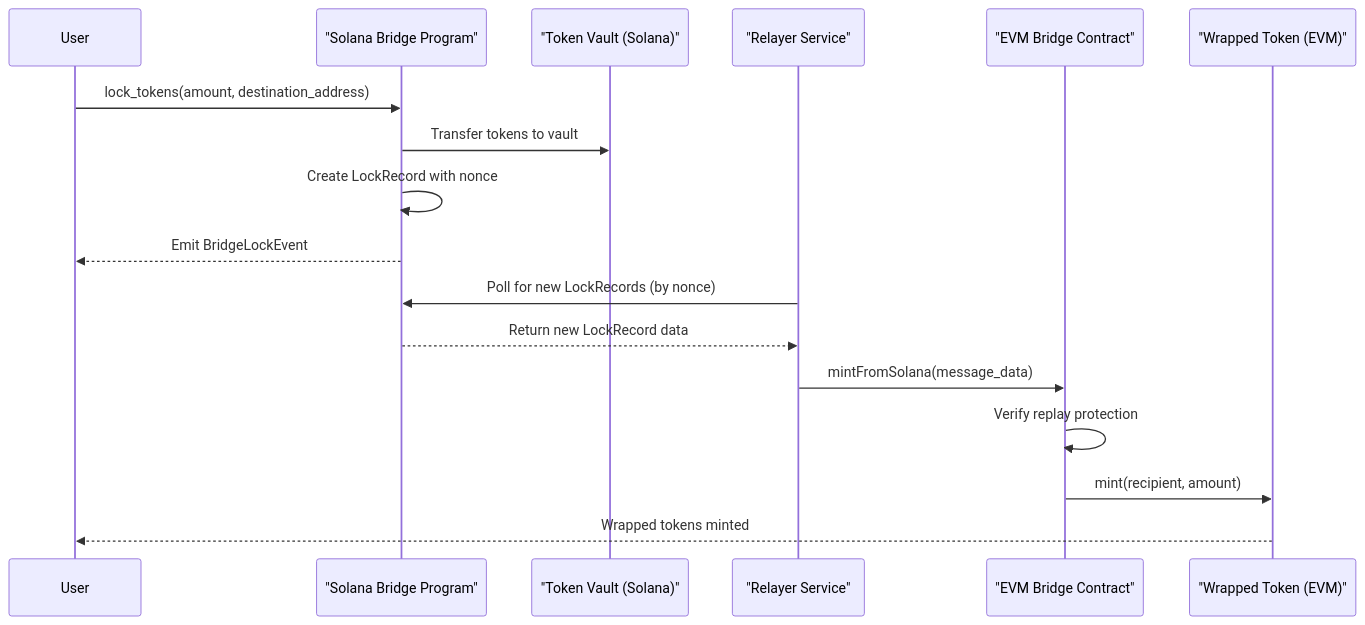
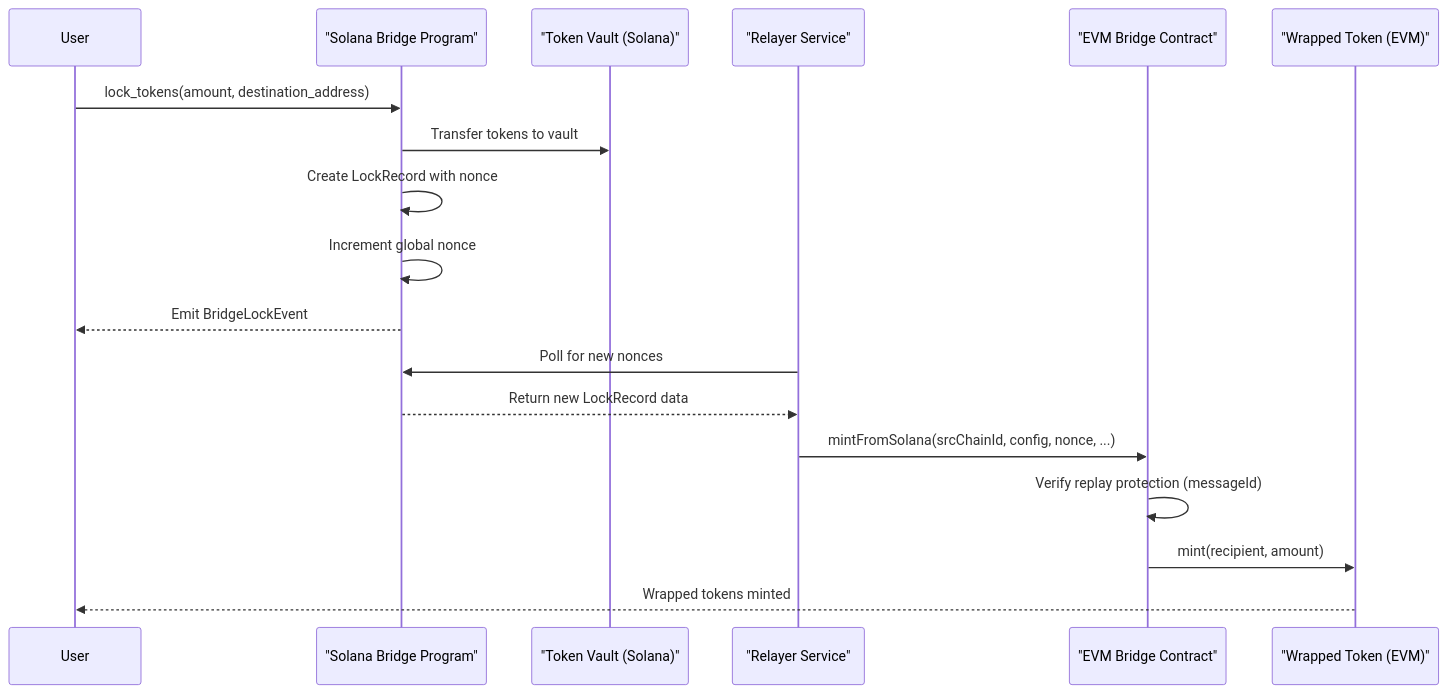
One commit to jassBawa/solana-contracts changed the first of 5 diagrams in bridge/README.md. Above: the diagram before and after it, drawn with Mermaid. The commit also changed other lines of this file, not shown here.

````diff
--- a/bridge/README.md
+++ b/bridge/README.md
@@ -19,22 +24,23 @@
 ```mermaid
 sequenceDiagram
     participant User
     participant SolanaProgram as "Solana Bridge Program"
     participant Vault as "Token Vault (Solana)"
     participant Relayer as "Relayer Service"
     participant EVMBridge as "EVM Bridge Contract"
     participant WrappedToken as "Wrapped Token (EVM)"
 
     User->>SolanaProgram: lock_tokens(amount, destination_address)
     SolanaProgram->>Vault: Transfer tokens to vault
     SolanaProgram->>SolanaProgram: Create LockRecord with nonce
+    SolanaProgram->>SolanaProgram: Increment global nonce
     SolanaProgram-->>User: Emit BridgeLockEvent
     
-    Relayer->>SolanaProgram: Poll for new LockRecords (by nonce)
+    Relayer->>SolanaProgram: Poll for new nonces
     SolanaProgram-->>Relayer: Return new LockRecord data
     
-    Relayer->>EVMBridge: mintFromSolana(message_data)
-    EVMBridge->>EVMBridge: Verify replay protection
+    Relayer->>EVMBridge: mintFromSolana(srcChainId, config, nonce, ...)
+    EVMBridge->>EVMBridge: Verify replay protection (messageId)
     EVMBridge->>WrappedToken: mint(recipient, amount)
     WrappedToken-->>User: Wrapped tokens minted
 ```
````
